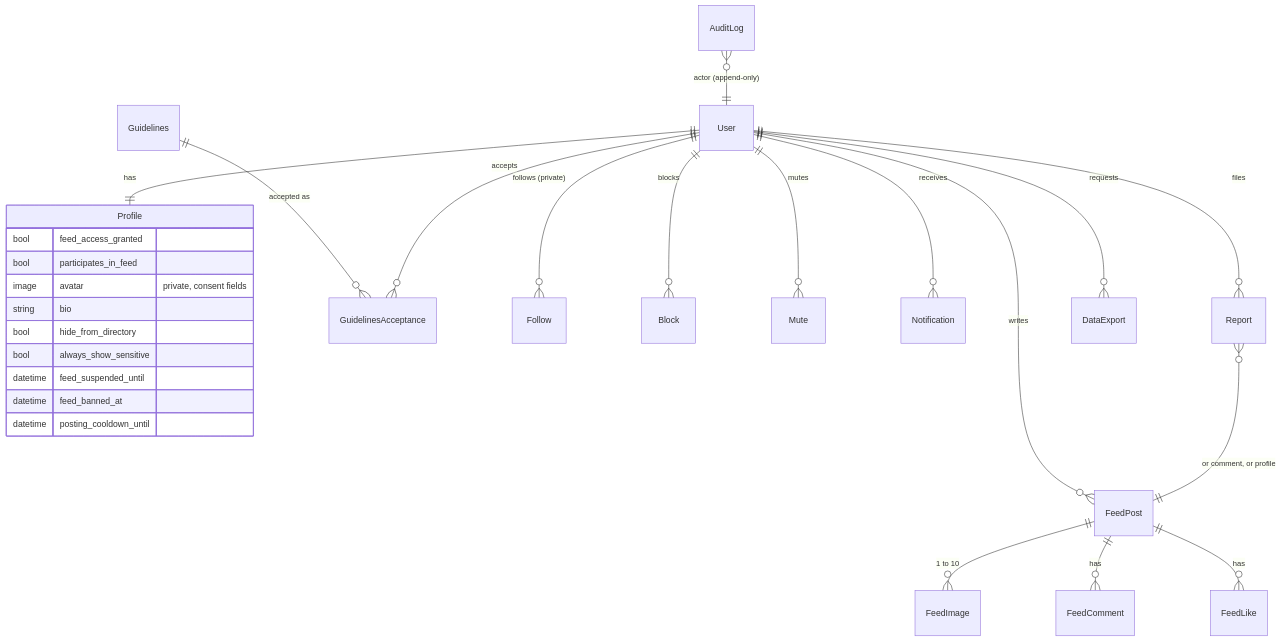
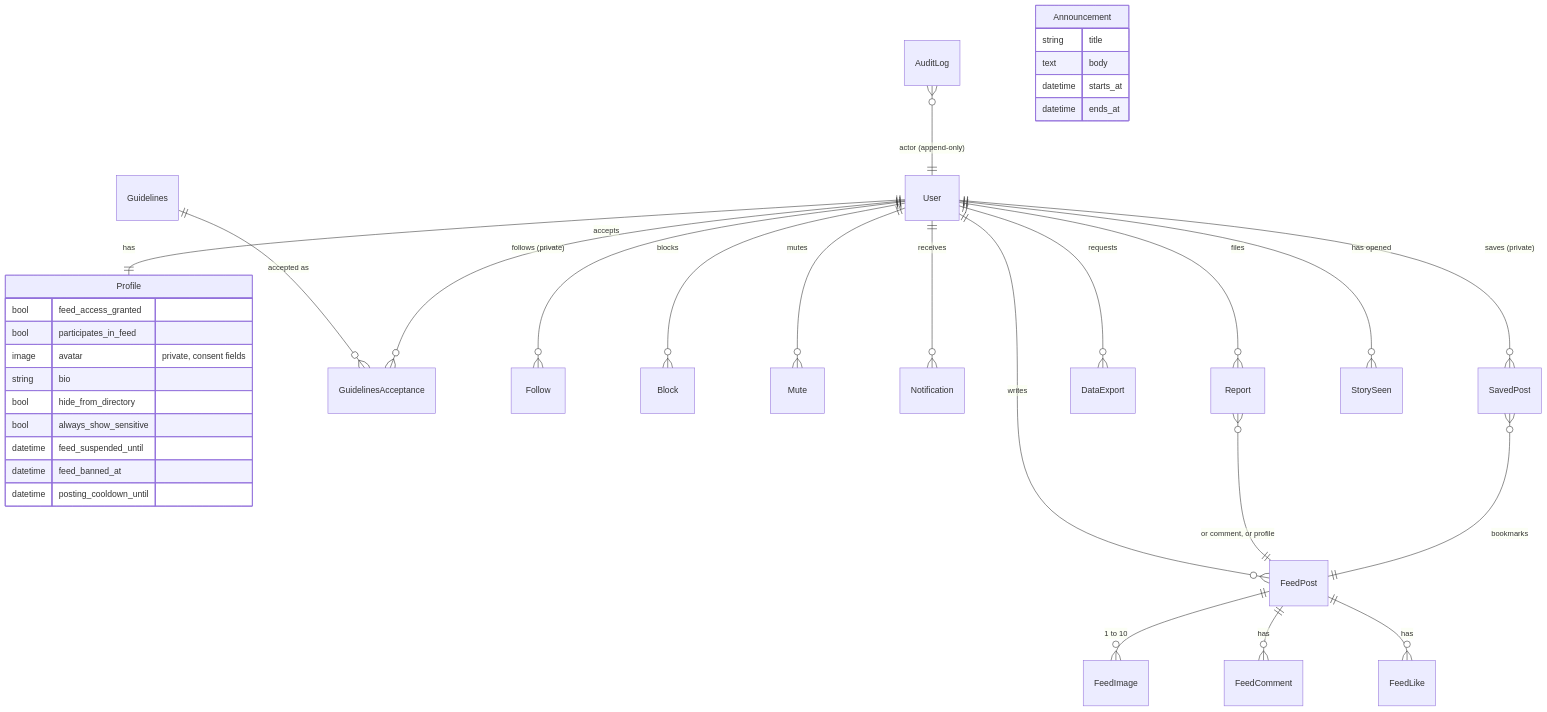
One commit to degarmo/rose changed the second of 4 diagrams in docs/architecture.md. Above: the diagram before and after it, drawn with Mermaid. The commit also changed other lines of this file and 152 other files, not shown here.

````diff
--- a/docs/architecture.md
+++ b/docs/architecture.md
@@ -129,29 +134,38 @@
 ```mermaid
 erDiagram
     User ||--|| Profile : has
     Profile {
         bool feed_access_granted
         bool participates_in_feed
         image avatar "private, consent fields"
         string bio
         bool hide_from_directory
         bool always_show_sensitive
         datetime feed_suspended_until
         datetime feed_banned_at
         datetime posting_cooldown_until
     }
     Guidelines ||--o{ GuidelinesAcceptance : "accepted as"
     User ||--o{ GuidelinesAcceptance : accepts
     User ||--o{ FeedPost : writes
     FeedPost ||--o{ FeedImage : "1 to 10"
     FeedPost ||--o{ FeedComment : has
     FeedPost ||--o{ FeedLike : has
     User ||--o{ Follow : "follows (private)"
     User ||--o{ Block : blocks
     User ||--o{ Mute : mutes
     User ||--o{ Notification : receives
     User ||--o{ Report : files
     Report }o--|| FeedPost : "or comment, or profile"
     AuditLog }o--|| User : "actor (append-only)"
     User ||--o{ DataExport : requests
+    User ||--o{ SavedPost : "saves (private)"
+    SavedPost }o--|| FeedPost : bookmarks
+    User ||--o{ StorySeen : "has opened"
+    Announcement {
+        string title
+        text body
+        datetime starts_at
+        datetime ends_at
+    }
 ```
````
